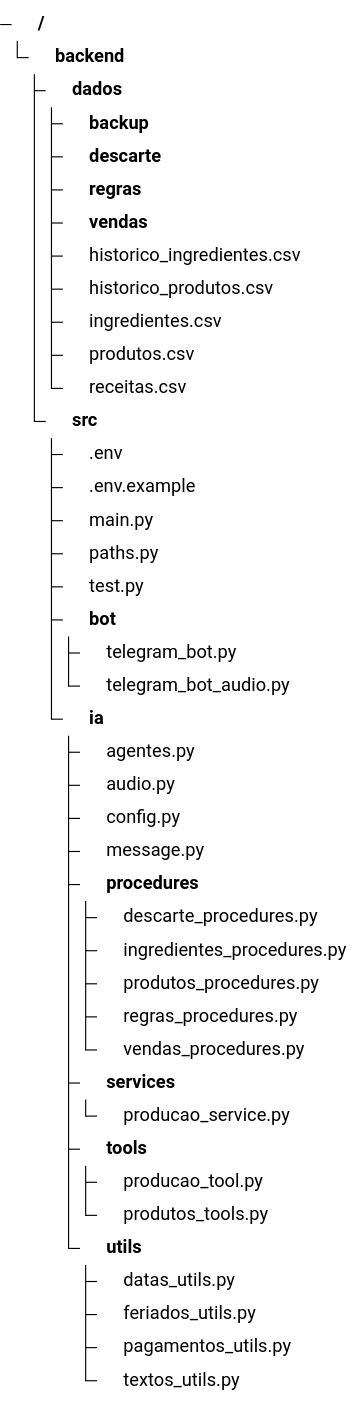
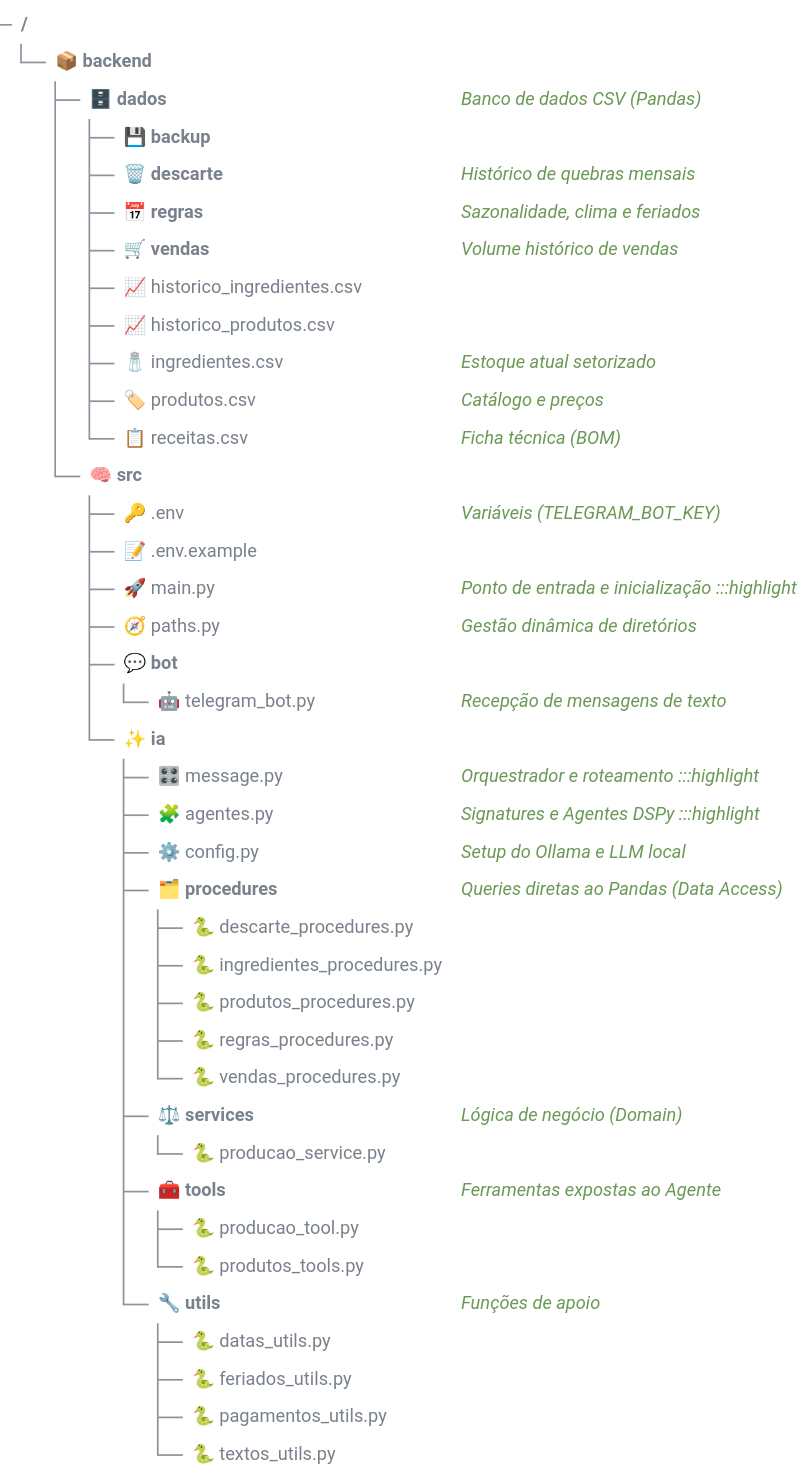
The second of 4 diagrams in docs/cliente/tecnico/Arquitetura.md (mvlsouza/api-1-semestre-2026-test), drawn with Mermaid before and after one commit. The commit also changed other lines of this file, not shown here.

````diff
--- a/docs/cliente/tecnico/Arquitetura.md
+++ b/docs/cliente/tecnico/Arquitetura.md
@@ -111,63 +89,50 @@
 ```mermaid
----
-config:
-  treeView:
-    showIcons: true
-    defaultIconPack: vscode-icons
-    folderIcon: default-folder
-    extensionIcons:
-      .csv: file-type-excel
-      .py: file-type-python
-      .md: file-type-markdown
-    filenameIcons:
-      .env: file-type-env
-      .env.example: file-type-env
-themeVariables:
-  treeView:
-    labelFontSize: '15px'
-    labelColor: '#1565c0'
-    lineColor: '#90caf9'
----
+%%{init: {
+  'treeView': {'showIcons': false, 'rowIndent': 22, 'paddingX': 8, 'paddingY': 7, 'lineThickness': 1.5},
+  'themeVariables': {'treeView': {
+    'labelFontSize': '16px', 'labelColor': '#79818c', 'lineColor': '#8b949e',
+    'descriptionColor': '#2ea043',
+    'highlightBg': 'rgba(139,92,246,0.18)', 'highlightStroke': '#8b5cf6'
+  }}
+}}%%
 treeView-beta
-backend/
-├── dados/
-│   ├── backup/
-│   ├── descarte/
-│   ├── regras/
-│   ├── vendas/
-│   ├── historico_ingredientes.csv
-│   ├── historico_produtos.csv
-│   ├── ingredientes.csv
-│   ├── produtos.csv
-│   └── receitas.csv
-└── src/
-    ├── .env
-    ├── .env.example
-    ├── main.py
-    ├── paths.py
-    ├── test.py
-    ├── bot/
-    │   ├── telegram_bot.py
-    │   └── telegram_bot_audio.py
-    └── ia/
-        ├── agentes.py
-        ├── audio.py
-        ├── config.py
-        ├── message.py
-        ├── procedures/
-        │   ├── descarte_procedures.py
-        │   ├── ingredientes_procedures.py
-        │   ├── produtos_procedures.py
-        │   ├── regras_procedures.py
-        │   └── vendas_procedures.py
-        ├── services/
-        │   └── producao_service.py
-        ├── tools/
-        │   ├── producao_tool.py
-        │   └── produtos_tools.py
-        └── utils/
-            ├── datas_utils.py
-            ├── feriados_utils.py
-            ├── pagamentos_utils.py
-            └── textos_utils.py
+📦 backend/
+├── 🗄️ dados/ ## Banco de dados CSV (Pandas)
+│   ├── 💾 backup/
+│   ├── 🗑️ descarte/ ## Histórico de quebras mensais
+│   ├── 📅 regras/ ## Sazonalidade, clima e feriados
+│   ├── 🛒 vendas/ ## Volume histórico de vendas
+│   ├── 📈 historico_ingredientes.csv
+│   ├── 📈 historico_produtos.csv
+│   ├── 🧂 ingredientes.csv ## Estoque atual setorizado
+│   ├── 🏷️ produtos.csv ## Catálogo e preços
+│   └── 📋 receitas.csv ## Ficha técnica (BOM)
+└── 🧠 src/
+    ├── 🔑 .env ## Variáveis (TELEGRAM_BOT_KEY)
+    ├── 📝 .env.example
+    ├── 🚀 main.py ## Ponto de entrada e inicialização :::highlight
+    ├── 🧭 paths.py ## Gestão dinâmica de diretórios
+    ├── 💬 bot/
+    │   └── 🤖 telegram_bot.py ## Recepção de mensagens de texto
+    └── ✨ ia/
+        ├── 🎛️ message.py ## Orquestrador e roteamento :::highlight
+        ├── 🧩 agentes.py ## Signatures e Agentes DSPy :::highlight
+        ├── ⚙️ config.py ## Setup do Ollama e LLM local
+        ├── 🗂️ procedures/ ## Queries diretas ao Pandas (Data Access)
+        │   ├── 🐍 descarte_procedures.py
+        │   ├── 🐍 ingredientes_procedures.py
+        │   ├── 🐍 produtos_procedures.py
+        │   ├── 🐍 regras_procedures.py
+        │   └── 🐍 vendas_procedures.py
+        ├── ⚖️ services/ ## Lógica de negócio (Domain)
+        │   └── 🐍 producao_service.py
+        ├── 🧰 tools/ ## Ferramentas expostas ao Agente
+        │   ├── 🐍 producao_tool.py
+        │   └── 🐍 produtos_tools.py
+        └── 🔧 utils/ ## Funções de apoio
+            ├── 🐍 datas_utils.py
+            ├── 🐍 feriados_utils.py
+            ├── 🐍 pagamentos_utils.py
+            └── 🐍 textos_utils.py
+
 ```
````
